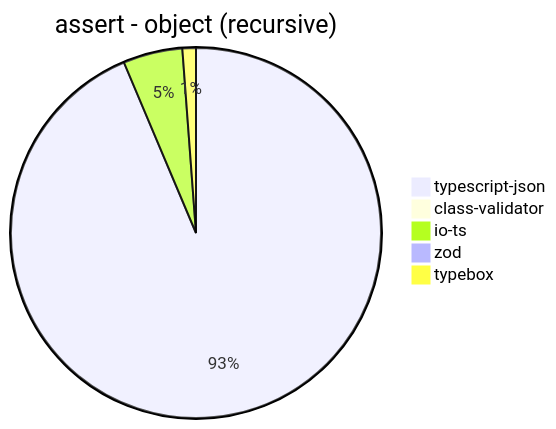
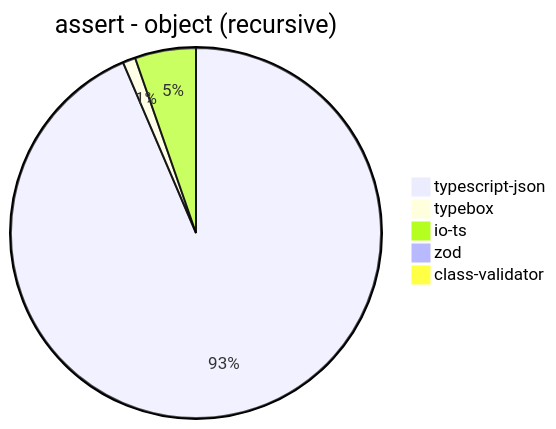
Before and after one commit to samchon/typia: the tenth of 39 diagrams in benchmark/results/AMD Ryzen 7 5800H with Radeon Graphics.md, drawn with Mermaid. The commit also changed other lines of this file and 7 other files, not shown here.

````diff
--- a/benchmark/results/AMD Ryzen 7 5800H with Radeon Graphics.md
+++ b/benchmark/results/AMD Ryzen 7 5800H with Radeon Graphics.md
@@ -136,8 +136,8 @@
 ```mermaid
 pie title assert - object (recursive)
-  "typescript-json": 30708.485069191553
-  "class-validator": 38.29078801331854
-  "io-ts": 1700.1442481067436
-  "zod": 67.66355140186916
-  "typebox": 387.04409363092
+  "typescript-json": 33045.546372819095
+  "typebox": 391.3586859489377
+  "io-ts": 1880.9829451677974
+  "zod": 72.1299093655589
+  "class-validator": 37.05732018985031
 ```
````
